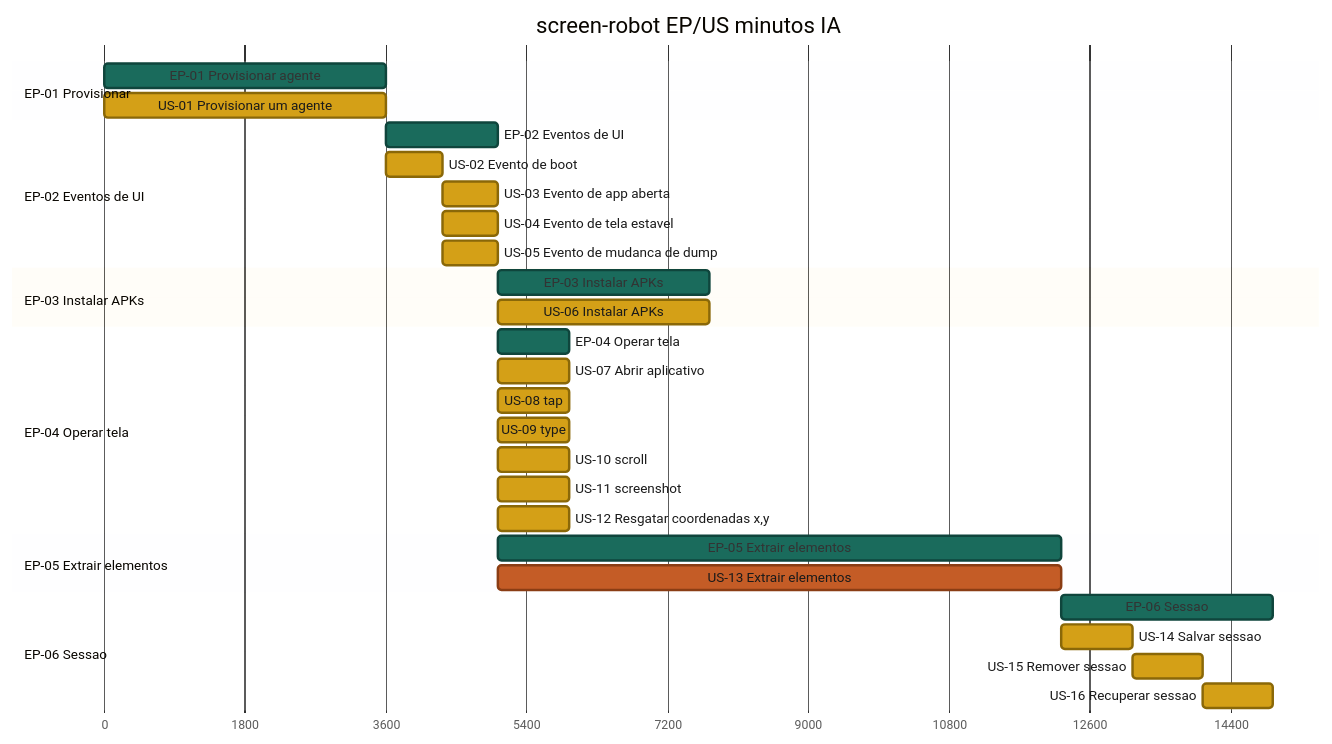
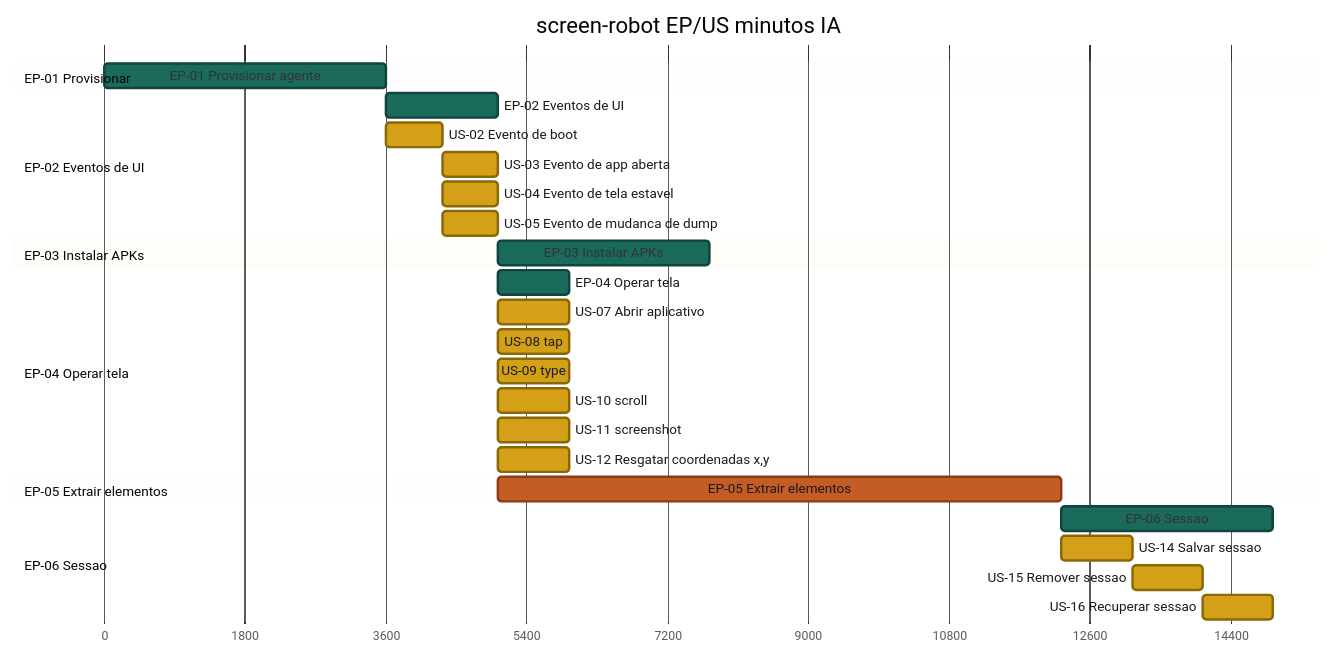
One commit to laerciogermano/workstation changed the diagram in connectmax/screen-robot/roadmap.md. Above: the diagram before and after it, drawn with Mermaid. The commit also changed other lines of this file and 2 other files, not shown here.

Commit message:
No roadmap, épicos com uma US mostram só a barra do épico.

````diff
--- a/connectmax/screen-robot/roadmap.md
+++ b/connectmax/screen-robot/roadmap.md
@@ -14,56 +15,53 @@
 ```mermaid
 ---
 config:
   theme: base
   themeVariables:
     doneTaskBkgColor: '#1a6b5c'
     doneTaskBorderColor: '#0f453c'
     taskBkgColor: '#d4a017'
     taskBorderColor: '#8a6808'
     taskTextColor: '#1a1a1a'
     taskTextLightColor: '#ffffff'
     taskTextOutsideColor: '#1a1a1a'
     critBkgColor: '#c45c26'
     critBorderColor: '#8a3d14'
     activeTaskBkgColor: '#d4a017'
     activeTaskBorderColor: '#8a6808'
 ---
 gantt
   title screen-robot EP/US minutos IA
   dateFormat X
   axisFormat %s
 
   section EP-01 Provisionar
   EP-01 Provisionar agente              :done, ep01, 0, 60m
-  US-01 Provisionar um agente           :us01, 0, 60m
 
   section EP-02 Eventos de UI
-  EP-02 Eventos de UI                   :done, ep02, after us01, 24m
-  US-02 Evento de boot                  :us02, after us01, 12m
+  EP-02 Eventos de UI                   :done, ep02, after ep01, 24m
+  US-02 Evento de boot                  :us02, after ep01, 12m
   US-03 Evento de app aberta            :us03, after us02, 12m
   US-04 Evento de tela estavel          :us04, after us02, 12m
   US-05 Evento de mudanca de dump       :us05, after us02, 12m
 
   section EP-03 Instalar APKs
   EP-03 Instalar APKs                   :done, ep03, after us05, 45m
-  US-06 Instalar APKs                   :us06, after us05, 45m
 
   section EP-04 Operar tela
   EP-04 Operar tela                     :done, ep04, after us05, 15m
   US-07 Abrir aplicativo                :us07, after us05, 15m
   US-08 tap                             :us08, after us05, 15m
   US-09 type                            :us09, after us05, 15m
   US-10 scroll                          :us10, after us05, 15m
   US-11 screenshot                      :us11, after us05, 15m
   US-12 Resgatar coordenadas x,y        :us12, after us05, 15m
 
   section EP-05 Extrair elementos
-  EP-05 Extrair elementos               :done, ep05, after us05, 120m
-  US-13 Extrair elementos               :crit, us13, after us05, 120m
+  EP-05 Extrair elementos               :crit, ep05, after us05, 120m
 
   section EP-06 Sessao
-  EP-06 Sessao                          :done, ep06, after us13, 45m
-  US-14 Salvar sessao                   :us14, after us13, 15m
+  EP-06 Sessao                          :done, ep06, after ep05, 45m
+  US-14 Salvar sessao                   :us14, after ep05, 15m
   US-15 Remover sessao                  :us15, after us14, 15m
   US-16 Recuperar sessao                :us16, after us15, 15m
 ```
````
